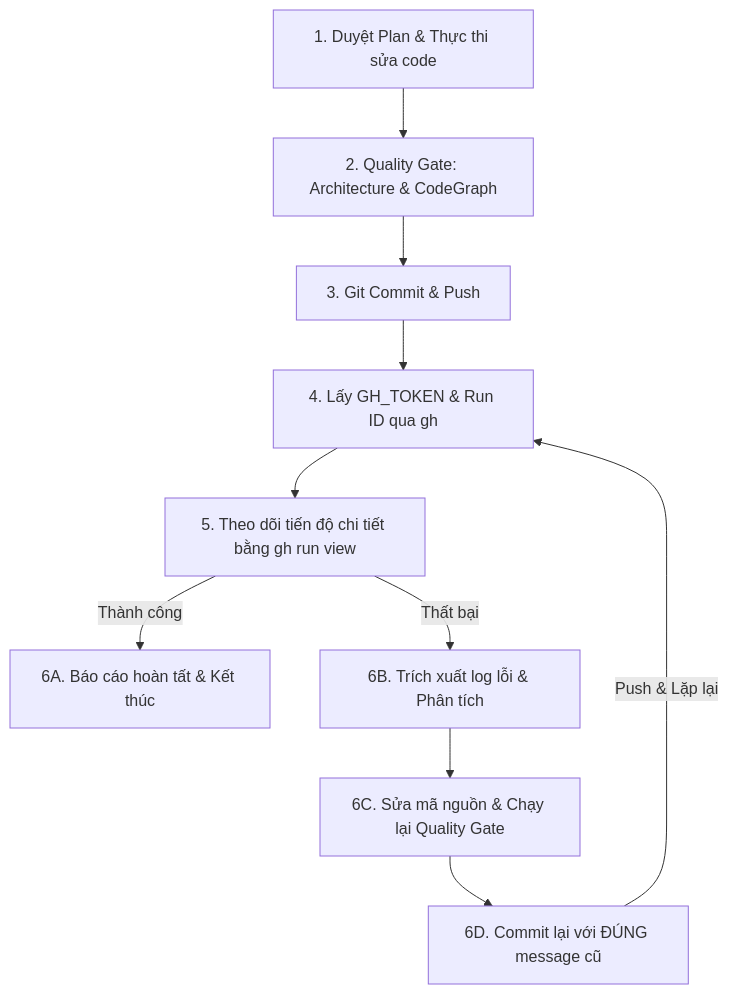
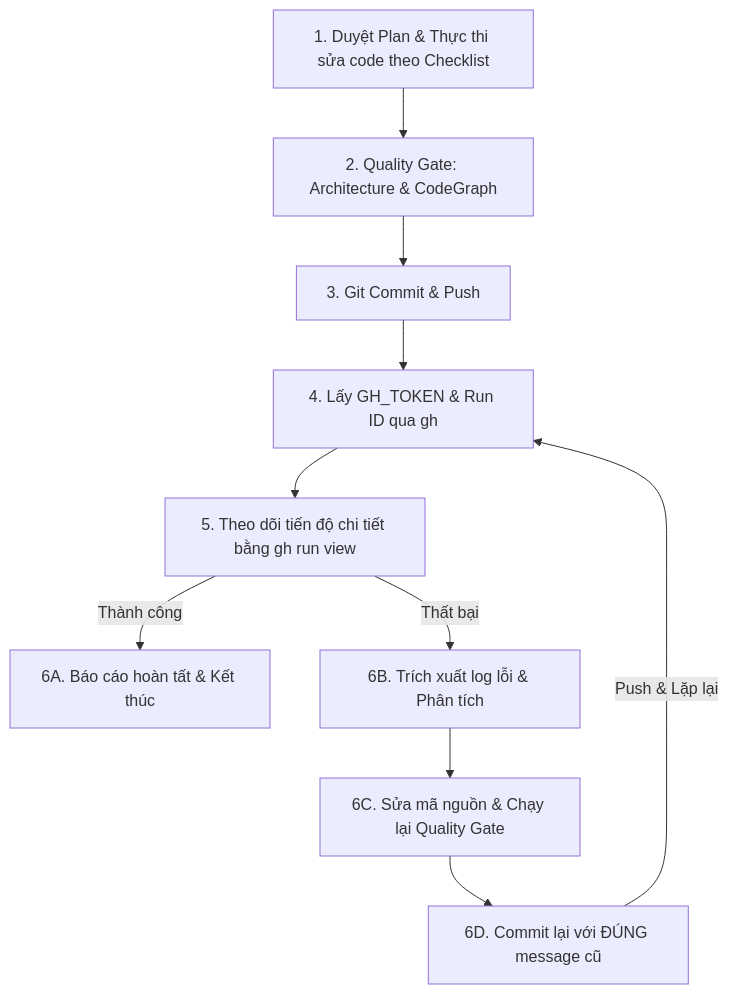
Before and after one commit to buudvh/FreeBook: the diagram in .agents/skills/push-ci-monitor/SKILL.md, drawn with Mermaid. The commit also changed other lines of this file and 28 other files, not shown here.

````diff
--- a/.agents/skills/push-ci-monitor/SKILL.md
+++ b/.agents/skills/push-ci-monitor/SKILL.md
@@ -23,12 +23,12 @@
 ```mermaid
 graph TD
-    1[1. Duyệt Plan & Thực thi sửa code] --> 2[2. Quality Gate: Architecture & CodeGraph]
+    1[1. Duyệt Plan & Thực thi sửa code theo Checklist] --> 2[2. Quality Gate: Architecture & CodeGraph]
     2 --> 3[3. Git Commit & Push]
     3 --> 4[4. Lấy GH_TOKEN & Run ID qua gh]
     4 --> 5[5. Theo dõi tiến độ chi tiết bằng gh run view]
     5 -->|Thành công| 6A[6A. Báo cáo hoàn tất & Kết thúc]
     5 -->|Thất bại| 6B[6B. Trích xuất log lỗi & Phân tích]
     6B --> 6C[6C. Sửa mã nguồn & Chạy lại Quality Gate]
     6C --> 6D[6D. Commit lại với ĐÚNG message cũ]
     6D -->|Push & Lặp lại| 4
 ```
````
